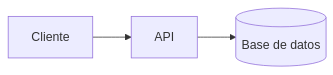
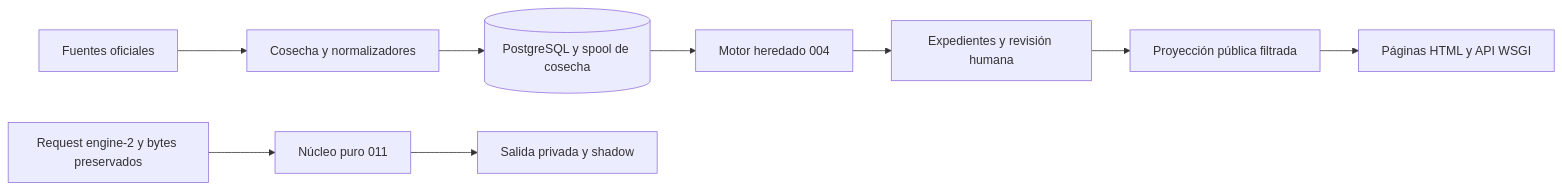
One commit to richardsonyelstin-commits/cajamarca-qhaway changed the diagram in docs/architecture/overview.md. Above: the diagram before and after it, drawn with Mermaid. The commit also changed other lines of this file and 151 other files, not shown here.

````diff
--- a/docs/architecture/overview.md
+++ b/docs/architecture/overview.md
@@ -29,5 +20,11 @@
 ```mermaid
 flowchart LR
-    A[Cliente] --> B[API]
-    B --> C[(Base de datos)]
+  A[Fuentes oficiales] --> B[Cosecha y normalizadores]
+  B --> C[(PostgreSQL y spool de cosecha)]
+  C --> D[Motor heredado 004]
+  D --> E[Expedientes y revisión humana]
+  E --> F[Proyección pública filtrada]
+  F --> G[Páginas HTML y API WSGI]
+  H[Request engine-2 y bytes preservados] --> I[Núcleo puro 011]
+  I --> J[Salida privada y shadow]
 ```
````
